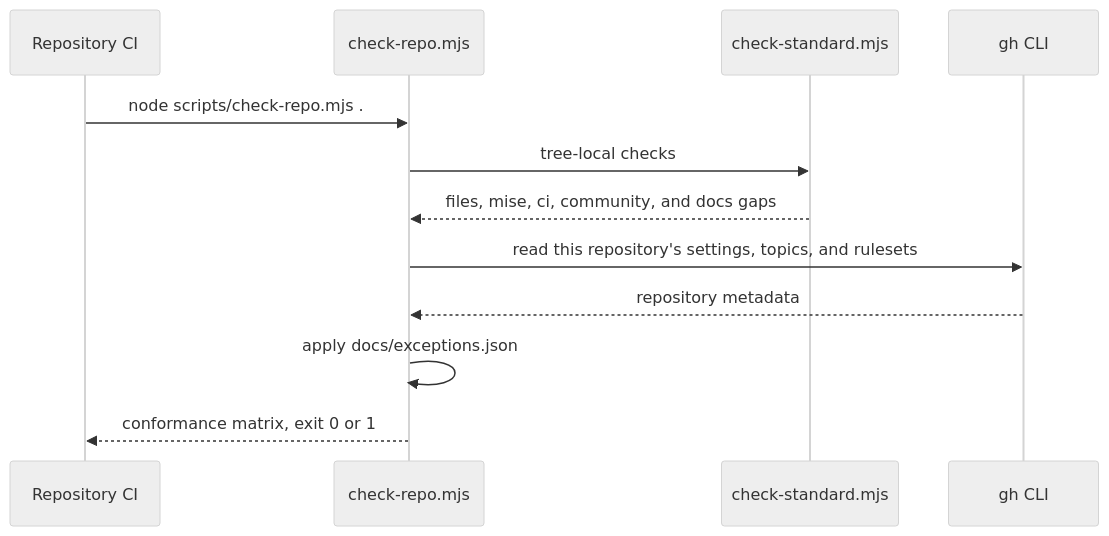
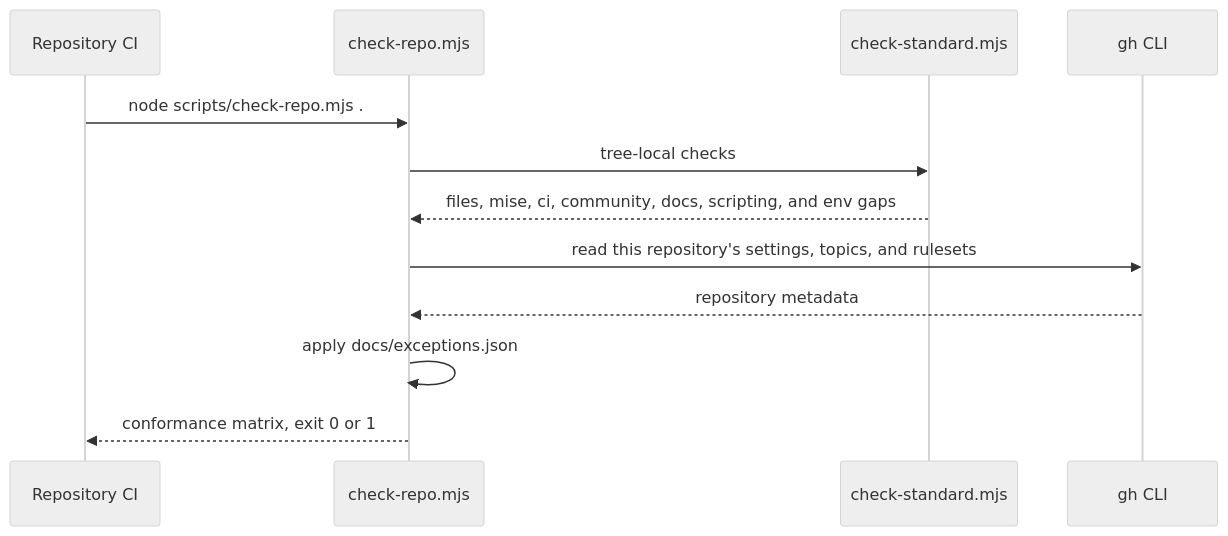
One commit to simpsonm09-org/simpsonm09-repo-standard changed the first of 2 diagrams in docs/architecture.md. Above: the diagram before and after it, drawn with Mermaid (neutral theme). The commit also changed 12 other files, not shown here.

````diff
--- a/docs/architecture.md
+++ b/docs/architecture.md
@@ -10,14 +10,14 @@
 ```mermaid
 sequenceDiagram
     participant Dev as Repository CI
     participant Repo as check-repo.mjs
     participant Std as check-standard.mjs
     participant GH as gh CLI
     Dev->>Repo: node scripts/check-repo.mjs .
     Repo->>Std: tree-local checks
-    Std-->>Repo: files, mise, ci, community, and docs gaps
+    Std-->>Repo: files, mise, ci, community, docs, scripting, and env gaps
     Repo->>GH: read this repository's settings, topics, and rulesets
     GH-->>Repo: repository metadata
     Repo->>Repo: apply docs/exceptions.json
     Repo-->>Dev: conformance matrix, exit 0 or 1
 ```
````
